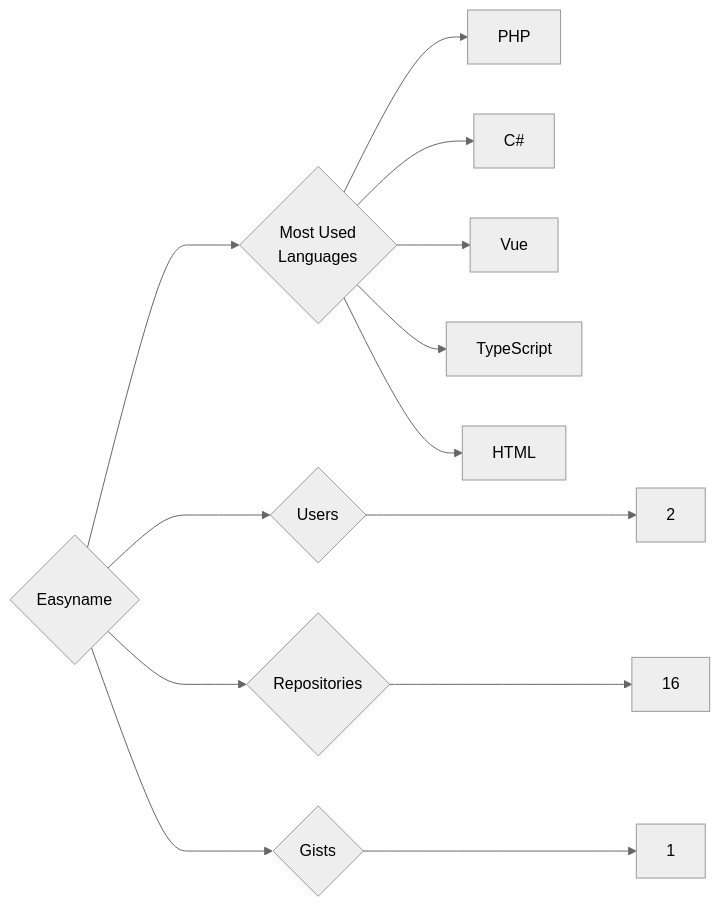
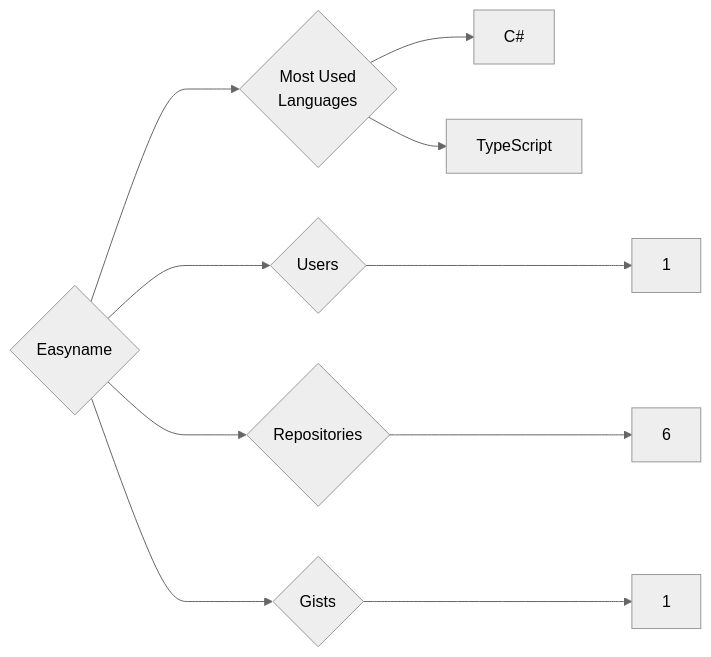
One commit to trickest/insiders changed the diagram in targets/Easyname/README.md. Above: the diagram before and after it, drawn with Mermaid (neutral theme). The commit also changed 1036 other files, not shown here.

````diff
--- a/targets/Easyname/README.md
+++ b/targets/Easyname/README.md
@@ -3,13 +3,10 @@
 ```mermaid
 graph LR
 COMPANY_NAME{Easyname}
-COMPANY_NAME ---> U{Users} ---> UN[2]
-COMPANY_NAME ---> R{Repositories} ---> RN[16]
+COMPANY_NAME ---> U{Users} ---> UN[1]
+COMPANY_NAME ---> R{Repositories} ---> RN[6]
 COMPANY_NAME ---> G{Gists} ---> GN[1]
 COMPANY_NAME ---> ML{Most Used<br>Languages}
-ML --> PHP[PHP]
 ML --> C#[C#]
-ML --> Vue[Vue]
 ML --> TypeScript[TypeScript]
-ML --> HTML[HTML]
 ```
````
